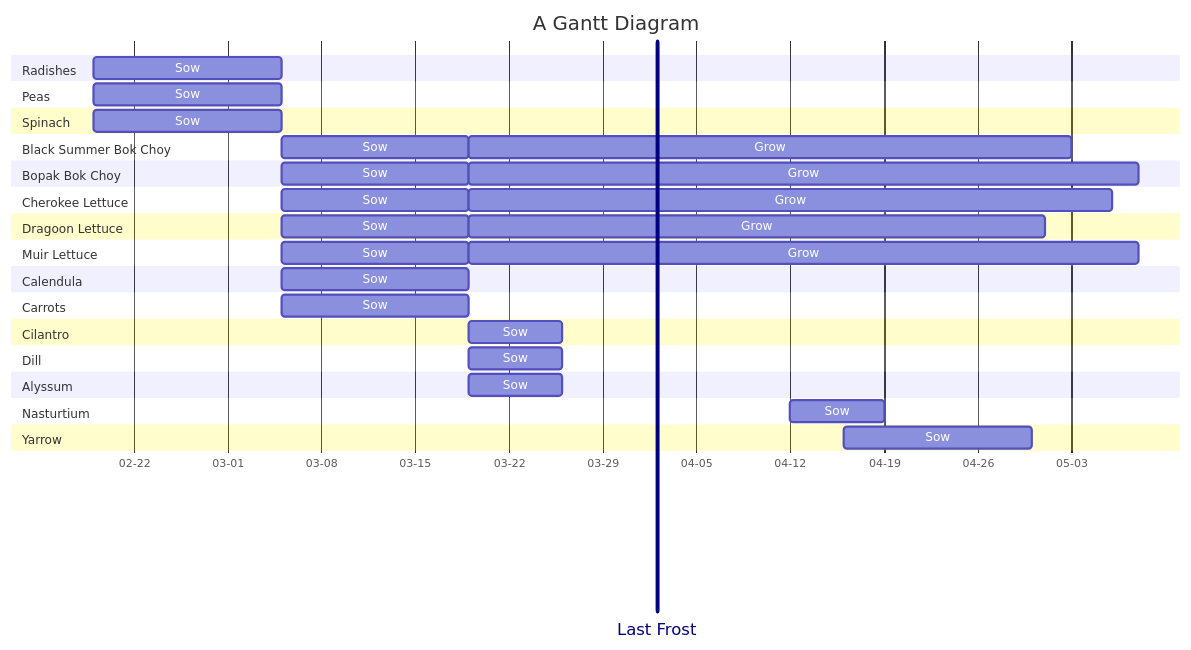
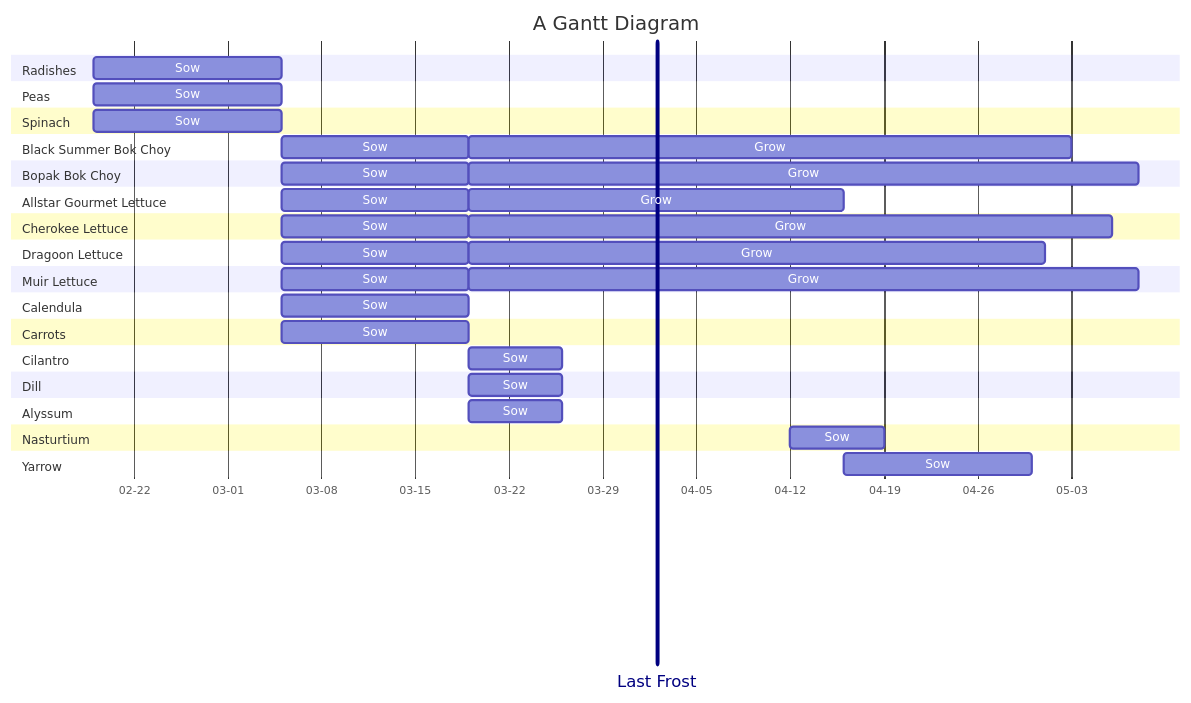
The diagram in 2026-planting-schedule.md (bjenning04/foam), drawn with Mermaid before and after one commit.

Commit message:
Feb 21, 2026, 9:01 PM

````diff
--- a/2026-planting-schedule.md
+++ b/2026-planting-schedule.md
@@ -3,45 +3,48 @@
 ```mermaid
 ---
 displayMode: compact
 ---
 gantt
     title A Gantt Diagram
     dateFormat YYYY-MM-DD
     axisFormat %m-%d
     Last Frost: vert, v1, 2026-04-02,
     Section Radishes
         Sow: 2026-02-19, 14d
     Section Peas
         Sow: 2026-02-19, 14d
     Section Spinach
         Sow: 2026-02-19, 14d
     Section Black Summer Bok Choy
         Sow: 2026-03-05, 14d
         Grow: 2026-03-19, 45d
     Section Bopak Bok Choy
         Sow: 2026-03-05, 14d
         Grow: 2026-03-19, 50d
+    Section Allstar Gourmet Lettuce
+        Sow: 2026-03-05, 14d
+        Grow: 2026-03-19, 28d
     Section Cherokee Lettuce
         Sow: 2026-03-05, 14d
         Grow: 2026-03-19, 48d
     Section Dragoon Lettuce
         Sow: 2026-03-05, 14d
         Grow: 2026-03-19, 43d
     Section Muir Lettuce
         Sow: 2026-03-05, 14d
         Grow: 2026-03-19, 50d
     Section Calendula
         Sow: 2026-03-05, 14d
     Section Carrots
         Sow: 2026-03-05, 14d
     Section Cilantro
         Sow: 2026-03-19, 7d
     Section Dill
         Sow: 2026-03-19, 7d
     Section Alyssum
         Sow: 2026-03-19, 7d
     Section Nasturtium
         Sow: 2026-04-12, 7d
     Section Yarrow
         Sow: 2026-04-16, 14d
 ```
````
